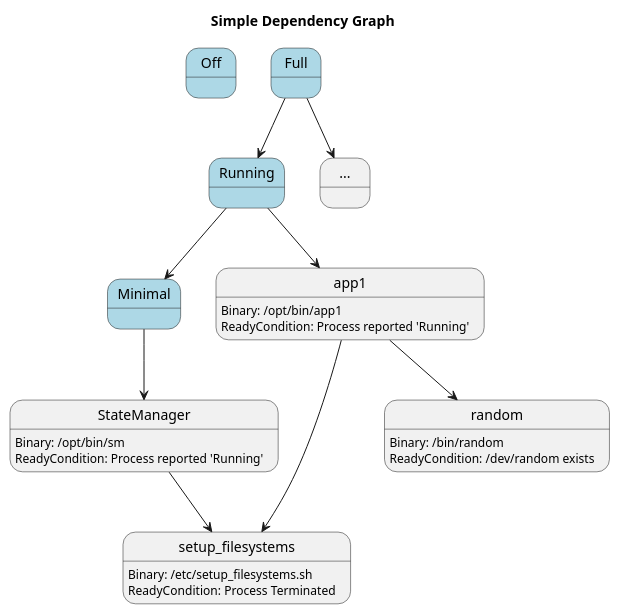
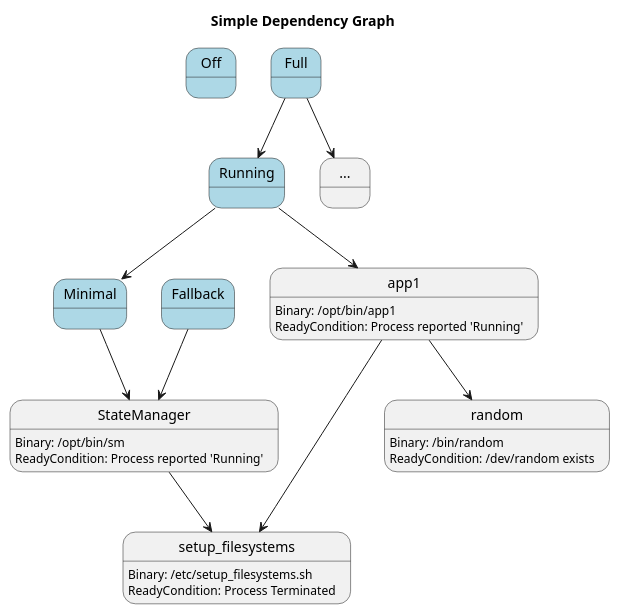
One commit to eclipse-score/lifecycle changed the diagram in docs/features/lifecycle/architecture/_assets/launch_manager_small_example_graph.puml. Above: the diagram before and after it, drawn with PlantUML. The commit also changed 6 other files, not shown here.

```diff
--- a/docs/features/lifecycle/architecture/_assets/launch_manager_small_example_graph.puml
+++ b/docs/features/lifecycle/architecture/_assets/launch_manager_small_example_graph.puml
@@ -14,24 +14,26 @@
 @startuml
   title Simple Dependency Graph
 
   state Off #lightblue
   state Minimal #lightblue
+  state Fallback #lightblue
   state Running #lightblue
   state Full #lightblue
 
   state app1: Binary: /opt/bin/app1\nReadyCondition: Process reported 'Running'
   state "..." as more
   state StateManager: Binary: /opt/bin/sm\nReadyCondition: Process reported 'Running'
 
   state setup_filesystems: Binary: /etc/setup_filesystems.sh\nReadyCondition: Process Terminated
   state random: Binary: /bin/random\nReadyCondition: /dev/random exists
 
   Full -d-> more
   Full -d-> Running
   Running --> app1
   Running --> Minimal
   Minimal --> StateManager
+  Fallback --> StateManager
   app1 --> setup_filesystems
   app1 --> random
   StateManager --> setup_filesystems
 @enduml
```
